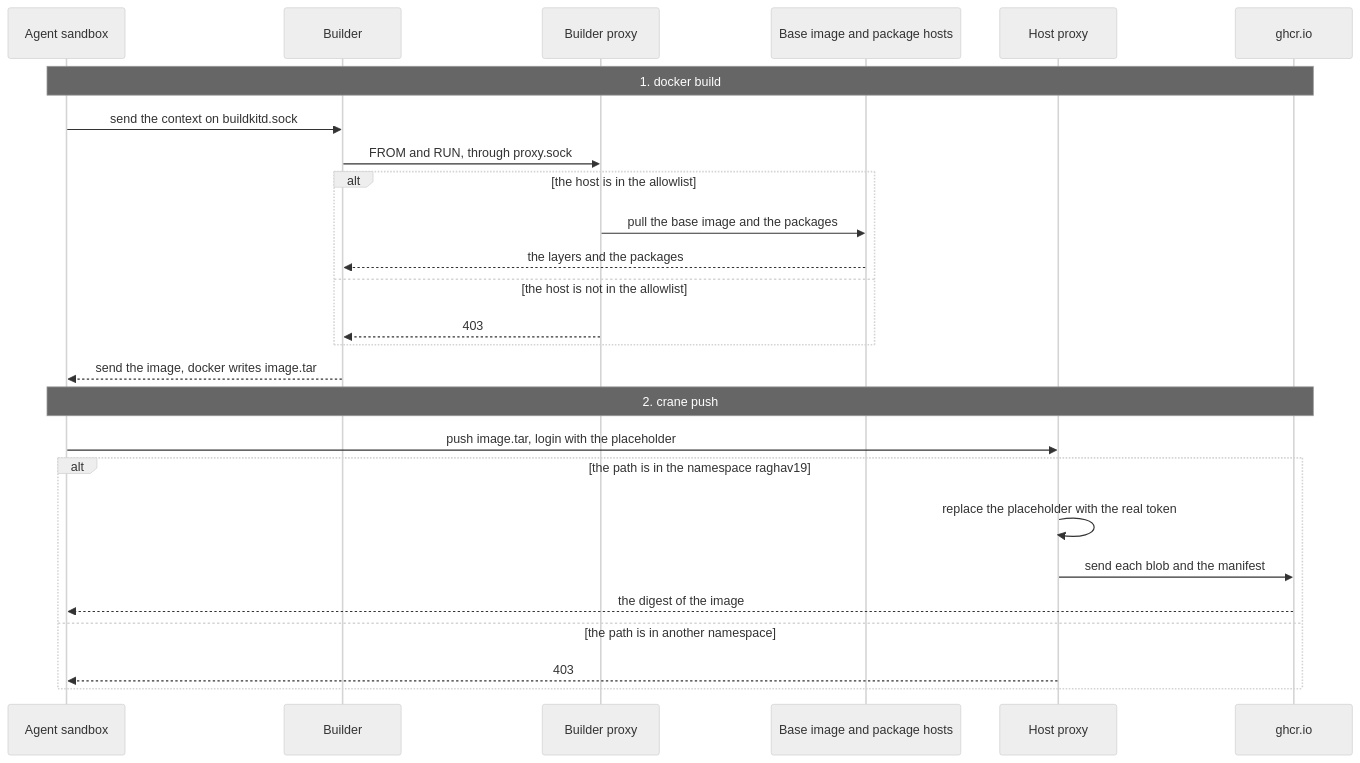
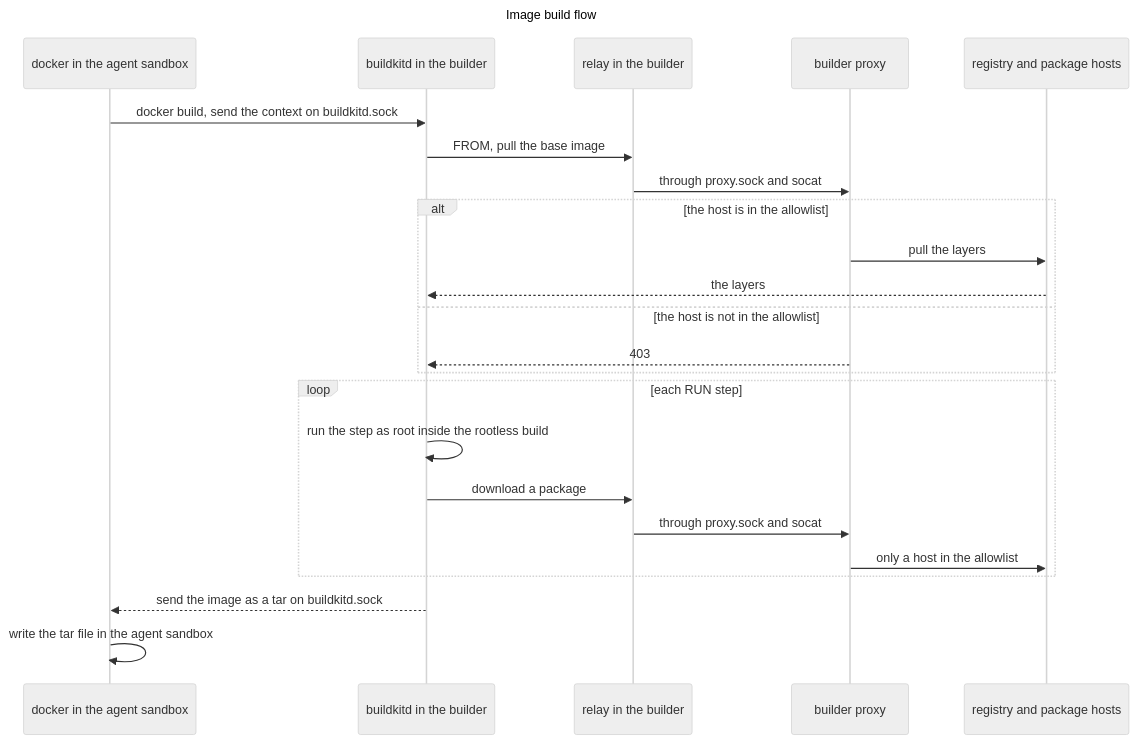
Before and after one commit to raghav19/engineersdaybook: the third of 5 diagrams in .sandbox/README.md, drawn with Mermaid (neutral theme). The commit also changed other lines of this file and 3 other files, not shown here.

````diff
--- a/.sandbox/README.md
+++ b/.sandbox/README.md
@@ -161,28 +145,28 @@
 ```mermaid
+---
+title: Image build flow
+---
 sequenceDiagram
-    participant Agent as Agent sandbox
-    participant Builder
-    participant BP as Builder proxy
-    participant Hosts as Base image and package hosts
-    participant HP as Host proxy
-    participant GHCR as ghcr.io
-    Note over Agent,GHCR: 1. docker build
-    Agent->>Builder: send the context on buildkitd.sock
-    Builder->>BP: FROM and RUN, through proxy.sock
+    participant Agent as docker in the agent sandbox
+    participant BK as buildkitd in the builder
+    participant Relay as relay in the builder
+    participant BP as builder proxy
+    participant Reg as registry and package hosts
+    Agent->>BK: docker build, send the context on buildkitd.sock
+    BK->>Relay: FROM, pull the base image
+    Relay->>BP: through proxy.sock and socat
     alt the host is in the allowlist
-        BP->>Hosts: pull the base image and the packages
-        Hosts-->>Builder: the layers and the packages
+        BP->>Reg: pull the layers
+        Reg-->>BK: the layers
     else the host is not in the allowlist
-        BP-->>Builder: 403
+        BP-->>BK: 403
     end
-    Builder-->>Agent: send the image, docker writes image.tar
-    Note over Agent,GHCR: 2. crane push
-    Agent->>HP: push image.tar, login with the placeholder
-    alt the path is in the namespace raghav19
-        HP->>HP: replace the placeholder with the real token
-        HP->>GHCR: send each blob and the manifest
-        GHCR-->>Agent: the digest of the image
-    else the path is in another namespace
-        HP-->>Agent: 403
+    loop each RUN step
+        BK->>BK: run the step as root inside the rootless build
+        BK->>Relay: download a package
+        Relay->>BP: through proxy.sock and socat
+        BP->>Reg: only a host in the allowlist
     end
+    BK-->>Agent: send the image as a tar on buildkitd.sock
+    Agent->>Agent: write the tar file in the agent sandbox
 ```
````
